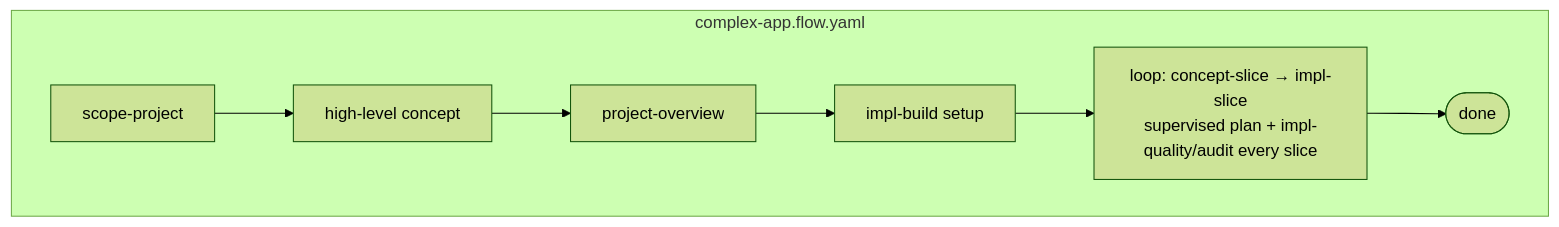
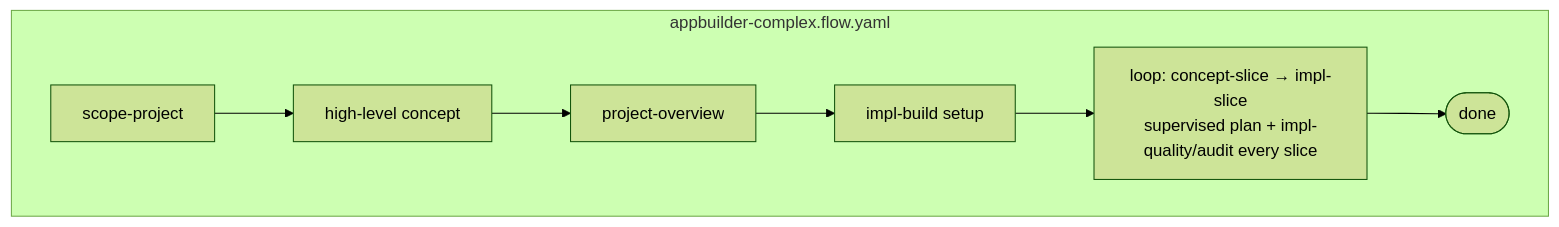
One commit to skaile-ai/ai-assets-skaileup changed the fourth of 4 diagrams in docs/src/content/docs/intro/flows-and-bundles.mdx. Above: the diagram before and after it, drawn with Mermaid (forest theme). The commit also changed other lines of this file and 111 other files, not shown here.

First line of the commit message:
feat(flows): add impl-only flows + rename tiers to appbuilder-*

````diff
--- a/docs/src/content/docs/intro/flows-and-bundles.mdx
+++ b/docs/src/content/docs/intro/flows-and-bundles.mdx
@@ -106,7 +106,7 @@
 ```mermaid
 flowchart LR
-  subgraph complex["complex-app.flow.yaml"]
+  subgraph complex["appbuilder-complex.flow.yaml"]
     direction LR
     c1[scope-project] --> c2[high-level concept] --> c3[project-overview] --> c4[impl-build setup] --> c5["loop: concept-slice → impl-slice<br/>supervised plan + impl-quality/audit every slice"] --> c6([done])
   end
 ```
````
